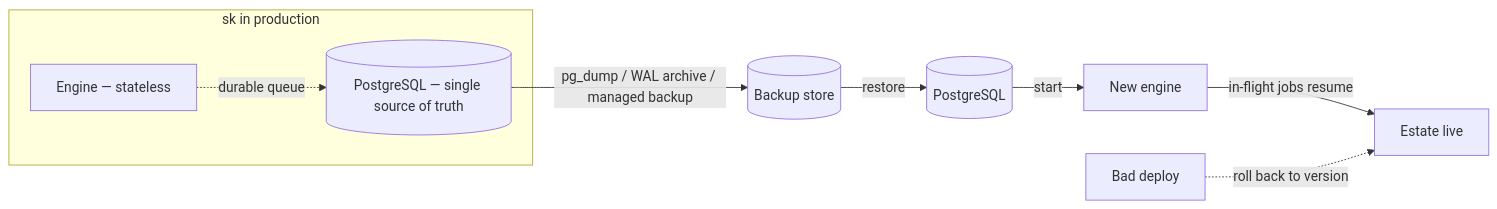
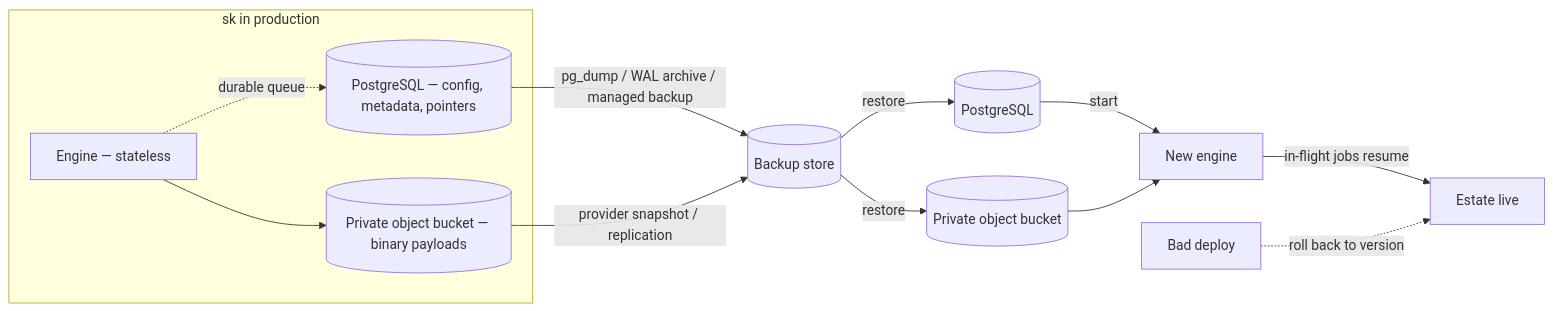
One commit to MikeBild/subkit changed the second of 2 diagrams in docs/admins/production-hardening.md. Above: the diagram before and after it, drawn with Mermaid. The commit also changed other lines of this file and 135 other files, not shown here.

````diff
--- a/docs/admins/production-hardening.md
+++ b/docs/admins/production-hardening.md
@@ -193,13 +194,18 @@
 ```mermaid
 flowchart LR
     subgraph Source["sk in production"]
         engine[Engine — stateless]
-        pg[(PostgreSQL — single source of truth)]
+        pg[(PostgreSQL — config, metadata, pointers)]
+        s3[(Private object bucket — binary payloads)]
     end
     engine -. durable queue .-> pg
+    engine --> s3
     pg -->|pg_dump / WAL archive / managed backup| backup[(Backup store)]
+    s3 -->|provider snapshot / replication| backup
     backup -->|restore| pg2[(PostgreSQL)]
+    backup -->|restore| s32[(Private object bucket)]
     pg2 -->|start| engine2[New engine]
+    s32 --> engine2
     engine2 -->|in-flight jobs resume| ready[Estate live]
     badversion[Bad deploy] -.->|roll back to version| ready
 ```
````
